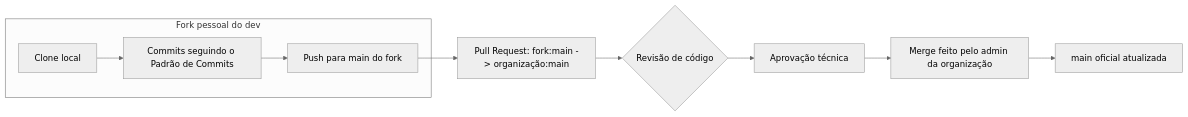
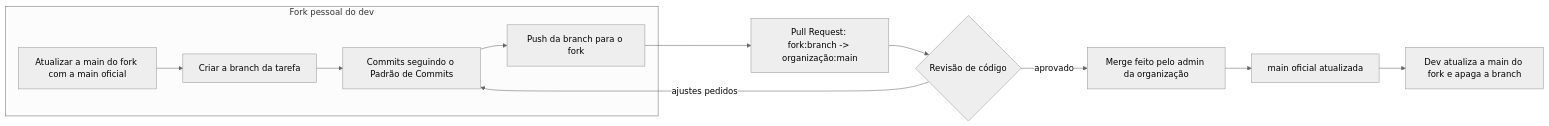
The diagram in docs/processo/Estratégia de Branch.md (McLorem-Tecnologia/api-1-semestre-2026), drawn with Mermaid (neutral theme) before and after one commit. The commit also changed other lines of this file and 6 other files, not shown here.

````diff
--- a/docs/processo/Estratégia de Branch.md
+++ b/docs/processo/Estratégia de Branch.md
@@ -25,12 +56,14 @@
 ```mermaid
 flowchart LR
     subgraph Fork pessoal do dev
-        A[Clone local] --> B[Commits seguindo o Padrão de Commits]
-        B --> C[Push para main do fork]
+        A[Atualizar a main do fork com a main oficial] --> B[Criar a branch da tarefa]
+        B --> C[Commits seguindo o Padrão de Commits]
+        C --> D[Push da branch para o fork]
     end
-    C --> D[Pull Request: fork:main -> organização:main]
-    D --> E{Revisão de código}
-    E --> F[Aprovação técnica]
-    F --> G[Merge feito pelo admin da organização]
+    D --> E[Pull Request: fork:branch -> organização:main]
+    E --> F{Revisão de código}
+    F -- ajustes pedidos --> C
+    F -- aprovado --> G[Merge feito pelo admin da organização]
     G --> H[main oficial atualizada]
+    H --> I[Dev atualiza a main do fork e apaga a branch]
 ```
````
